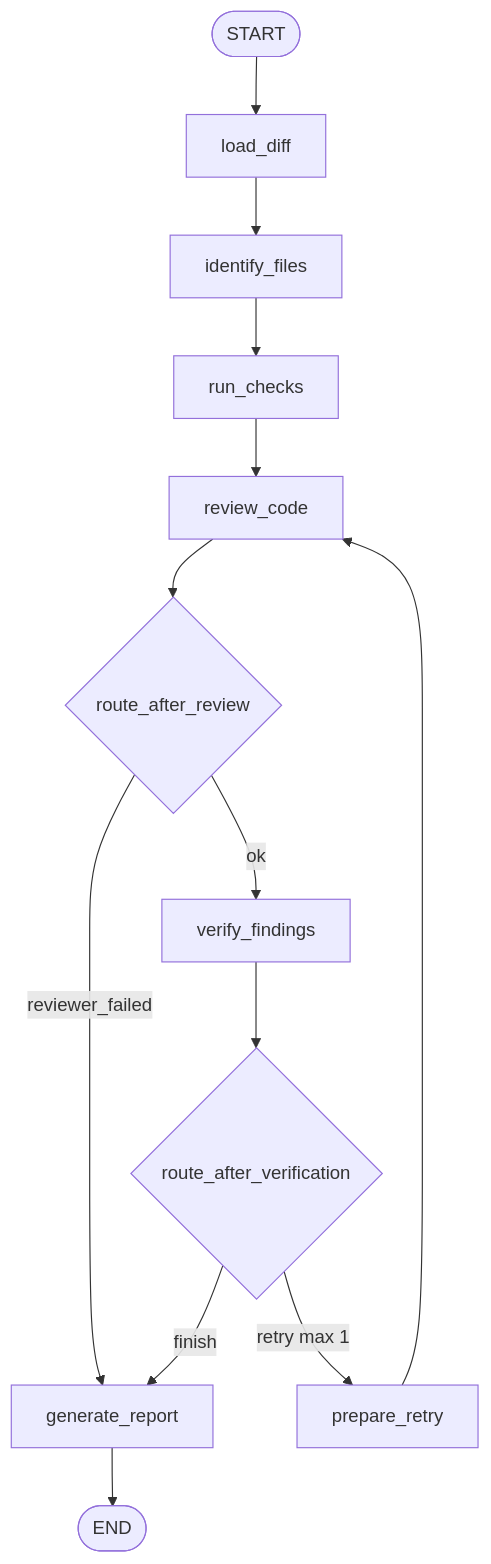
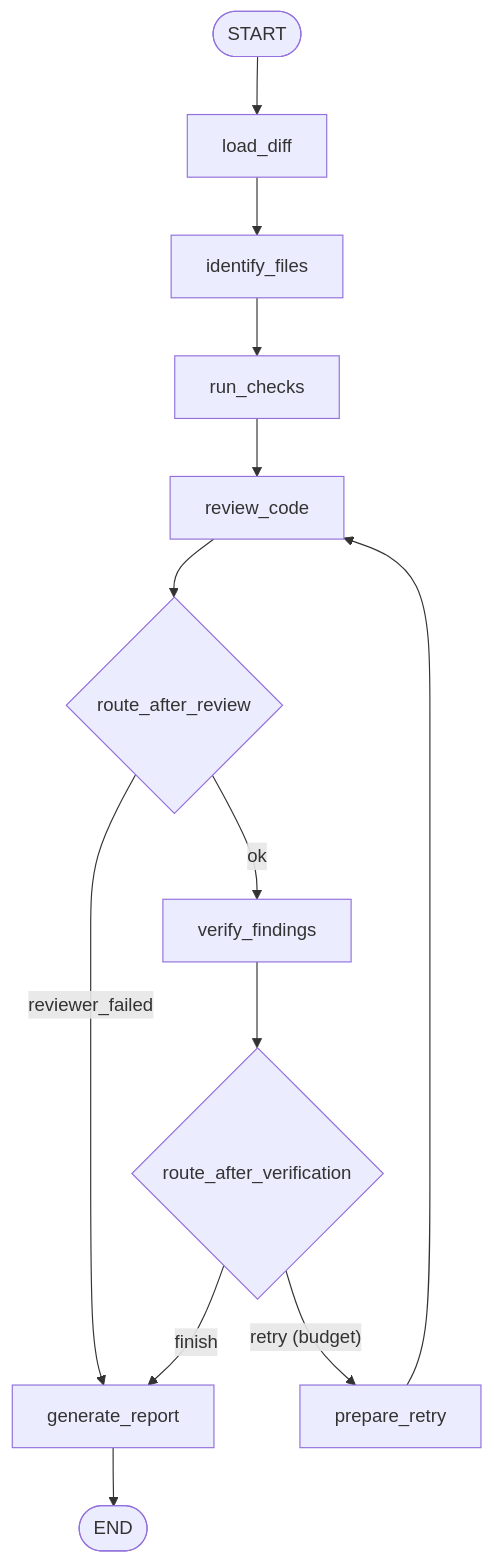
The diagram in README.md (BitBucket0/agentic-pr-reviewer), drawn with Mermaid before and after one commit. The commit also changed other lines of this file and 8 other files, not shown here.

````diff
--- a/README.md
+++ b/README.md
@@ -80,15 +204,15 @@
 ```mermaid
 flowchart TD
   START([START]) --> loadDiff[load_diff]
   loadDiff --> identifyFiles[identify_files]
   identifyFiles --> runChecks[run_checks]
   runChecks --> reviewCode[review_code]
   reviewCode --> routeReview{route_after_review}
   routeReview -->|reviewer_failed| generateReport[generate_report]
   routeReview -->|ok| verifyFindings[verify_findings]
   verifyFindings --> route{route_after_verification}
-  route -->|retry max 1| prepareRetry[prepare_retry]
+  route -->|"retry (budget)"| prepareRetry[prepare_retry]
   prepareRetry --> reviewCode
   route -->|finish| generateReport
   generateReport --> END([END])
 ```
````
